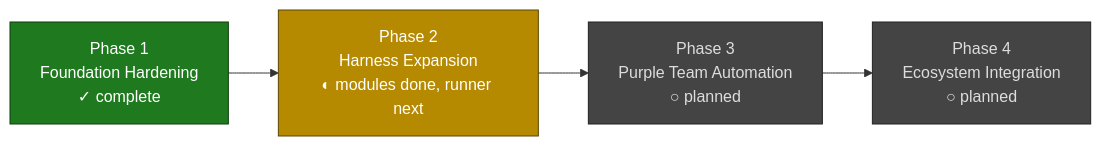
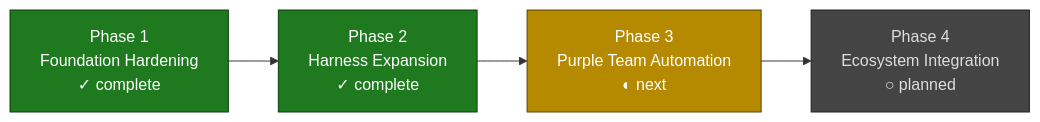
One commit to babywyrm/sysadmin changed the first of 2 diagrams in ai/mcp/ROADMAP.md. Above: the diagram before and after it, drawn with Mermaid. The commit also changed other lines of this file and 6 other files, not shown here.

````diff
--- a/ai/mcp/ROADMAP.md
+++ b/ai/mcp/ROADMAP.md
@@ -38,12 +38,12 @@
 ```mermaid
 flowchart LR
     P1["Phase 1<br/>Foundation Hardening<br/>✓ complete"]:::done
-    P2["Phase 2<br/>Harness Expansion<br/>◐ modules done, runner next"]:::active
-    P3["Phase 3<br/>Purple Team Automation<br/>○ planned"]:::todo
+    P2["Phase 2<br/>Harness Expansion<br/>✓ complete"]:::done
+    P3["Phase 3<br/>Purple Team Automation<br/>◐ next"]:::active
     P4["Phase 4<br/>Ecosystem Integration<br/>○ planned"]:::todo
     P1 --> P2 --> P3 --> P4
 
     classDef done fill:#1f7a1f,stroke:#0d3d0d,color:#ffffff
     classDef active fill:#b58900,stroke:#5c4500,color:#ffffff
     classDef todo fill:#444444,stroke:#222222,color:#dddddd
 ```
````
